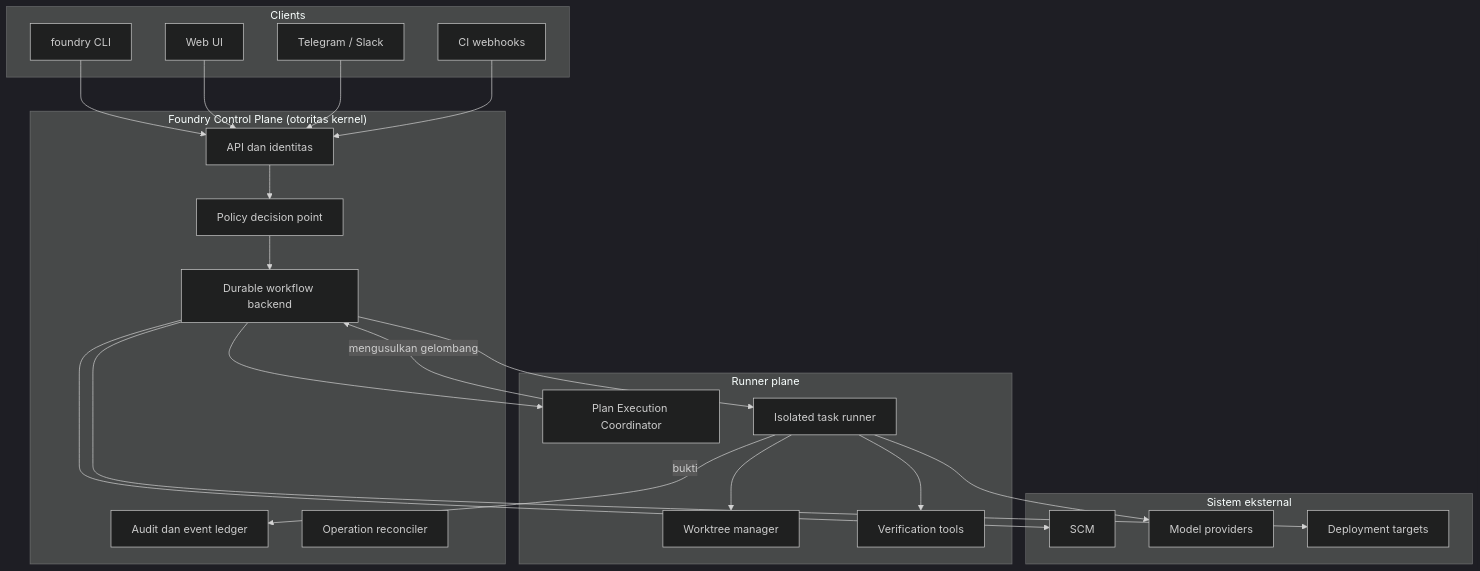
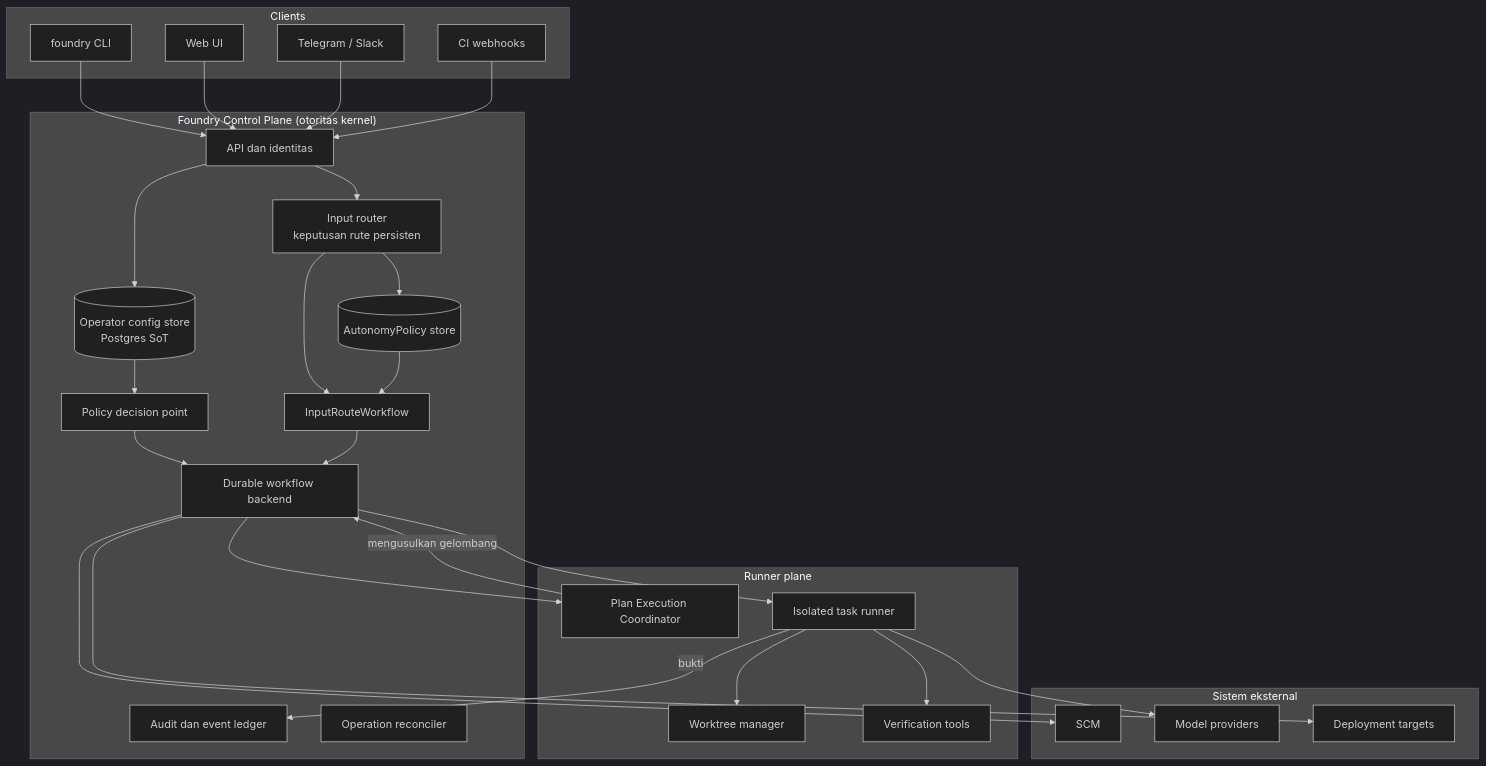
Before and after one commit to okfriansyah-moh/okfriansyah-moh.github.io: the diagram in i18n/id/docusaurus-plugin-content-docs/current/systems/delivery-foundry-control-plane.md, drawn with Mermaid (dark theme). The commit also changed other lines of this file and 6 other files, not shown here.

````diff
--- a/i18n/id/docusaurus-plugin-content-docs/current/systems/delivery-foundry-control-plane.md
+++ b/i18n/id/docusaurus-plugin-content-docs/current/systems/delivery-foundry-control-plane.md
@@ -100,47 +102,57 @@
 ```mermaid
 flowchart TB
   subgraph Clients
     CLI[foundry CLI]
     WEB[Web UI]
     CHAT[Telegram / Slack]
     CI[CI webhooks]
   end
 
   subgraph ControlPlane["Foundry Control Plane (otoritas kernel)"]
     API[API dan identitas]
+    ROUTER[Input router<br/>keputusan rute persisten]
+    AUTOPOL[(AutonomyPolicy store)]
+    CFG[(Operator config store<br/>Postgres SoT)]
     POLICY[Policy decision point]
     WF[Durable workflow backend]
+    INROUTE[InputRouteWorkflow]
     LEDGER[Audit dan event ledger]
     RECON[Operation reconciler]
   end
 
   subgraph RunnerPlane["Runner plane"]
     PEC[Plan Execution Coordinator]
     RUNNER[Isolated task runner]
     WORKTREE[Worktree manager]
     VERIFY[Verification tools]
   end
 
   subgraph External["Sistem eksternal"]
     SCM[SCM]
     MODEL[Model providers]
     DEPLOY[Deployment targets]
   end
 
   CLI --> API
   WEB --> API
   CHAT --> API
   CI --> API
 
-  API --> POLICY
+  API --> ROUTER
+  ROUTER --> AUTOPOL
+  ROUTER --> INROUTE
+  API --> CFG
+  CFG --> POLICY
+  AUTOPOL --> INROUTE
   POLICY --> WF
+  INROUTE --> WF
   WF --> PEC
   PEC -->|mengusulkan gelombang| WF
   WF --> RUNNER
   RUNNER --> WORKTREE
   RUNNER --> VERIFY
   RUNNER -->|bukti| LEDGER
   WF --> SCM
   WF --> DEPLOY
   RUNNER --> MODEL
 ```
````
